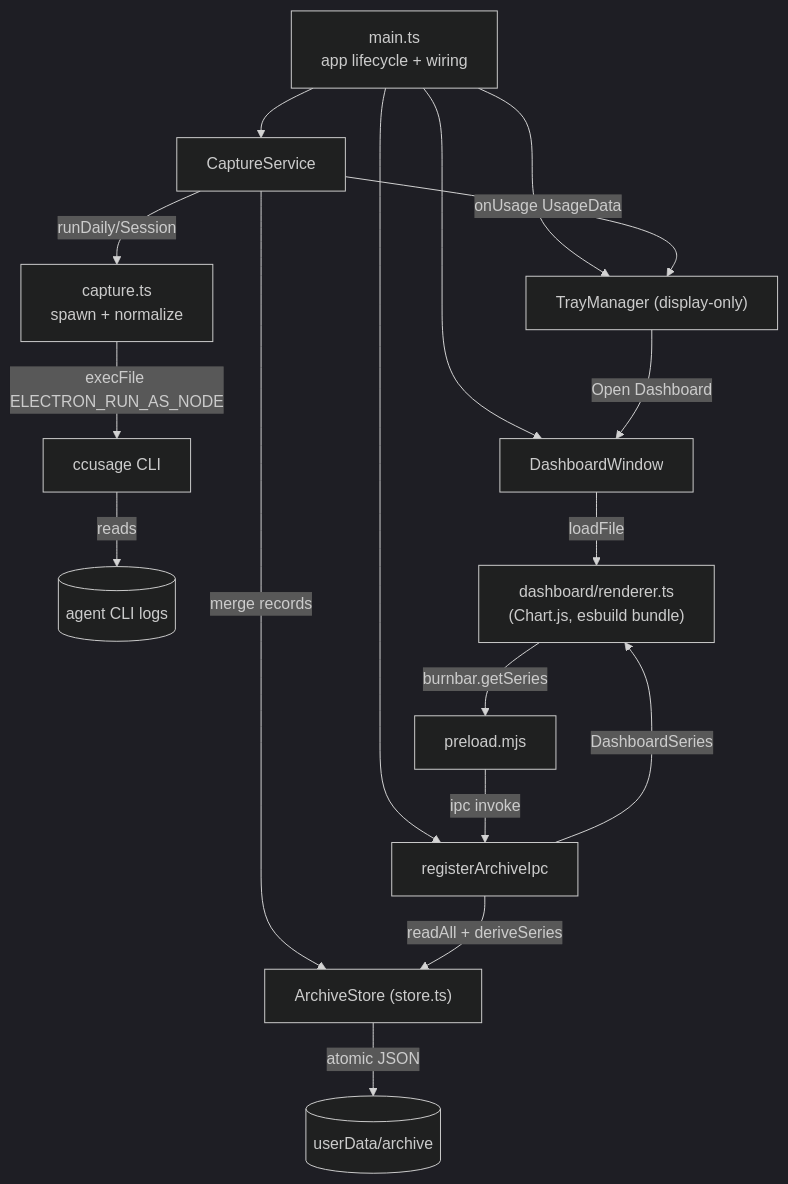
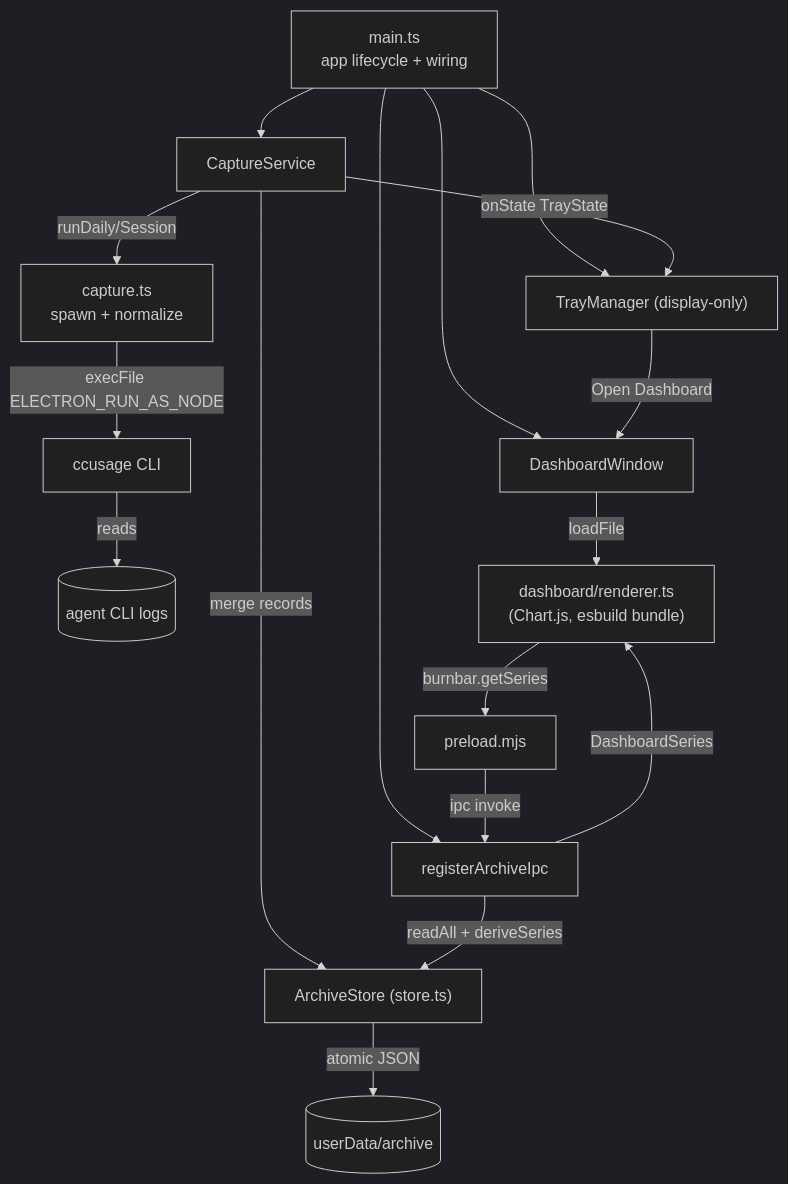
Before and after one commit to tangentlin/burnbar: the first of 2 diagrams in docs/ARCHITECTURE.md, drawn with Mermaid (dark theme). The commit also changed other lines of this file and 36 other files, not shown here.

````diff
--- a/docs/ARCHITECTURE.md
+++ b/docs/ARCHITECTURE.md
@@ -19,19 +19,19 @@
 ```mermaid
 flowchart TD
     main["main.ts<br/>app lifecycle + wiring"] --> svc["CaptureService"]
     main --> tray["TrayManager (display-only)"]
     main --> ipc["registerArchiveIpc"]
     main --> win["DashboardWindow"]
     svc -->|runDaily/Session| capture["capture.ts<br/>spawn + normalize"]
     capture -->|execFile ELECTRON_RUN_AS_NODE| ccusage["ccusage CLI"]
     ccusage -->|reads| logs[("agent CLI logs")]
-    svc -->|onUsage UsageData| tray
+    svc -->|onState TrayState| tray
     svc -->|merge records| store["ArchiveStore (store.ts)"]
     store -->|atomic JSON| archive[("userData/archive")]
     tray -->|Open Dashboard| win
     win -->|loadFile| renderer["dashboard/renderer.ts<br/>(Chart.js, esbuild bundle)"]
     renderer -->|burnbar.getSeries| preload["preload.mjs"]
     preload -->|ipc invoke| ipc
     ipc -->|readAll + deriveSeries| store
     ipc -->|DashboardSeries| renderer
 ```
````
